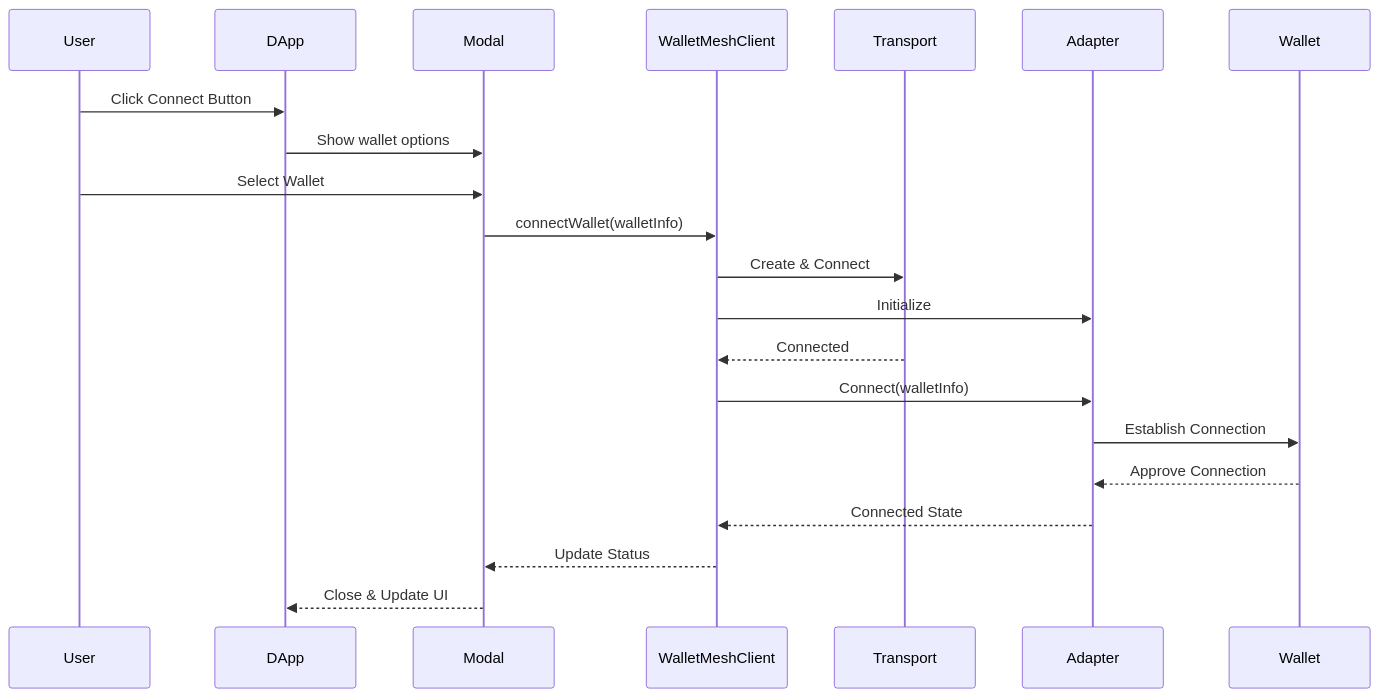
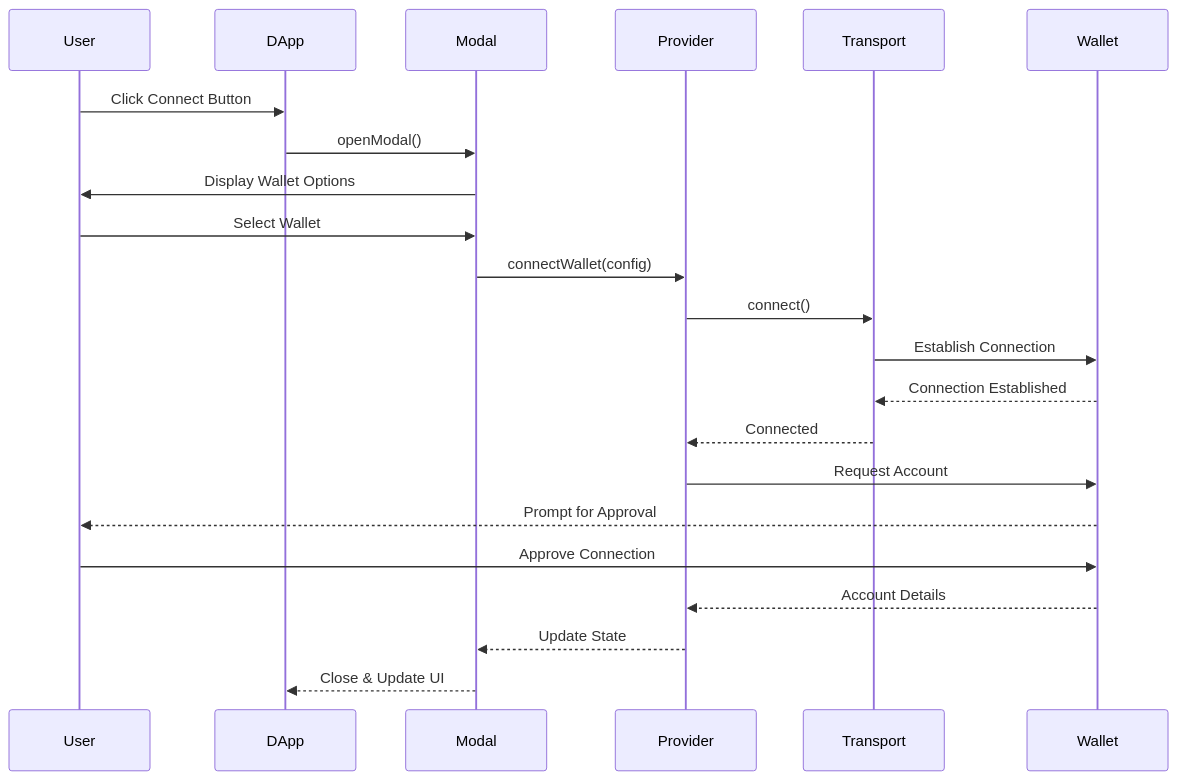
One commit to WalletMesh/walletmesh-packages changed the first of 3 diagrams in core/modal/README.md. Above: the diagram before and after it, drawn with Mermaid. The commit also changed other lines of this file and 16 other files, not shown here.

````diff
--- a/core/modal/README.md
+++ b/core/modal/README.md
@@ -118,24 +42,25 @@
 ```mermaid
 sequenceDiagram
     participant User
     participant DApp
     participant Modal
-    participant WalletMeshClient
+    participant Provider
     participant Transport
-    participant Adapter
     participant Wallet
 
     User->>DApp: Click Connect Button
-    DApp->>Modal: Show wallet options
+    DApp->>Modal: openModal()
+    Modal->>User: Display Wallet Options
     User->>Modal: Select Wallet
-    Modal->>WalletMeshClient: connectWallet(walletInfo)
-    WalletMeshClient->>Transport: Create & Connect
-    WalletMeshClient->>Adapter: Initialize
-    Transport-->>WalletMeshClient: Connected
-    WalletMeshClient->>Adapter: Connect(walletInfo)
-    Adapter->>Wallet: Establish Connection
-    Wallet-->>Adapter: Approve Connection
-    Adapter-->>WalletMeshClient: Connected State
-    WalletMeshClient-->>Modal: Update Status
+    Modal->>Provider: connectWallet(config)
+    Provider->>Transport: connect()
+    Transport->>Wallet: Establish Connection
+    Wallet-->>Transport: Connection Established
+    Transport-->>Provider: Connected
+    Provider->>Wallet: Request Account
+    Wallet-->>User: Prompt for Approval
+    User->>Wallet: Approve Connection
+    Wallet-->>Provider: Account Details
+    Provider-->>Modal: Update State
     Modal-->>DApp: Close & Update UI
 ```
````
